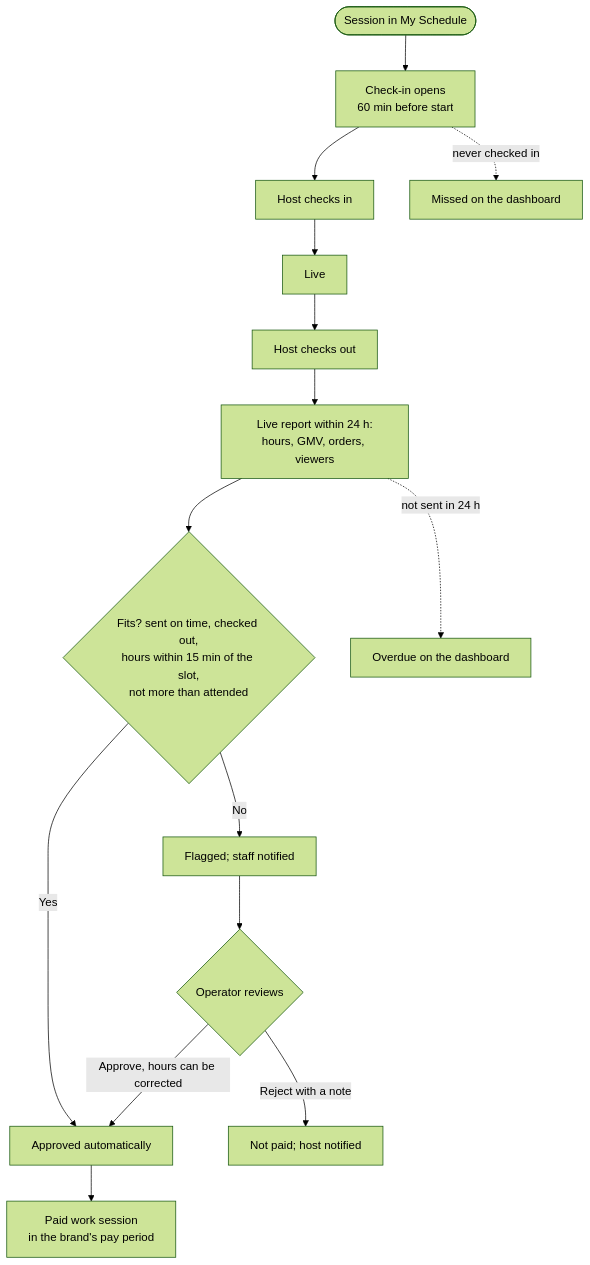
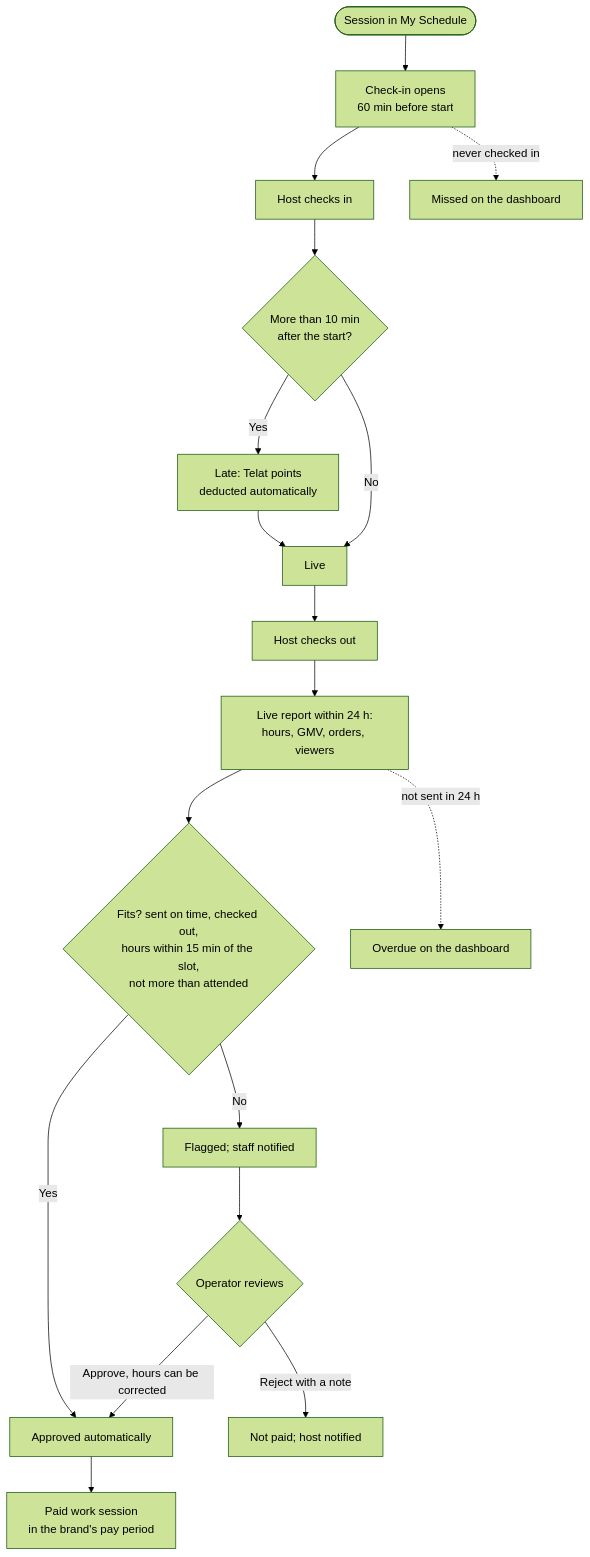
Before and after one commit to Adomancer/VidHelp: the seventh of 13 diagrams in FLOWCHART.md, drawn with Mermaid (forest theme). The commit also changed other lines of this file and 17 other files, not shown here.

````diff
--- a/FLOWCHART.md
+++ b/FLOWCHART.md
@@ -156,17 +156,20 @@
 ```mermaid
 flowchart TD
   A(["Session in My Schedule"]) --> B["Check-in opens<br/>60 min before start"]
   B --> C["Host checks in"]
-  C --> D["Live"]
+  C --> C2{"More than 10 min<br/>after the start?"}
+  C2 -->|Yes| C3["Late: Telat points<br/>deducted automatically"]
+  C3 --> D
+  C2 -->|No| D["Live"]
   D --> E["Host checks out"]
   E --> F["Live report within 24 h:<br/>hours, GMV, orders, viewers"]
   F --> G{"Fits? sent on time, checked out,<br/>hours within 15 min of the slot,<br/>not more than attended"}
   G -->|Yes| H["Approved automatically"]
   G -->|No| I["Flagged; staff notified"]
   I --> J{"Operator reviews"}
   J -->|Approve, hours can be corrected| H
   J -->|Reject with a note| K["Not paid; host notified"]
   H --> L["Paid work session<br/>in the brand's pay period"]
   F -.->|not sent in 24 h| M["Overdue on the dashboard"]
   B -.->|never checked in| N["Missed on the dashboard"]
 ```
````
